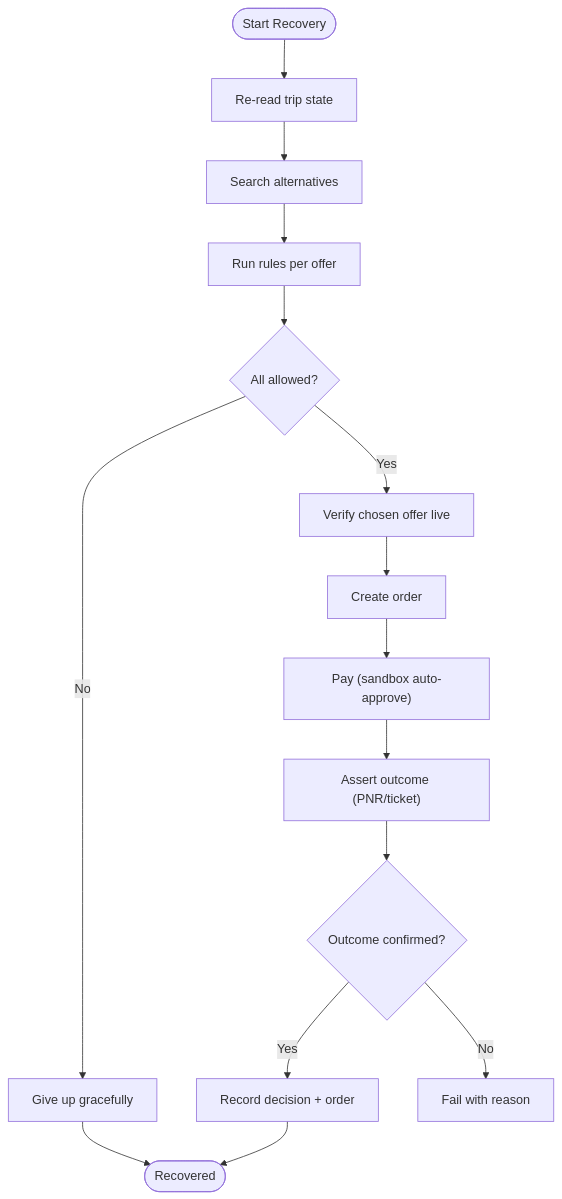
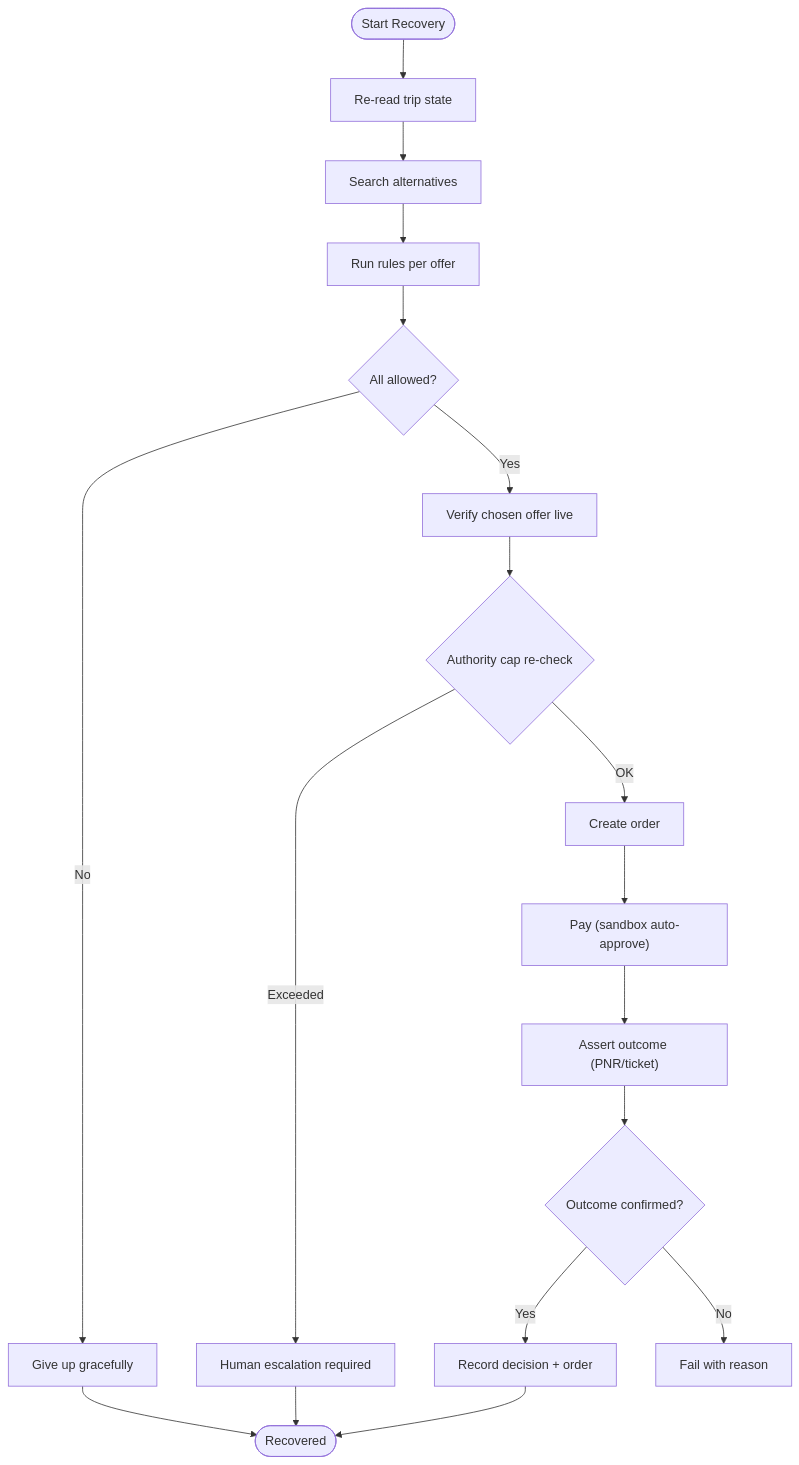
The third of 4 diagrams in .qoder/repowiki/en/content/Security & Safety/Security & Safety.md (jaydonnnk/waypoint), drawn with Mermaid before and after one commit. The commit also changed other lines of this file and 36 other files, not shown here.

````diff
--- a/.qoder/repowiki/en/content/Security & Safety/Security & Safety.md
+++ b/.qoder/repowiki/en/content/Security & Safety/Security & Safety.md
@@ -138,17 +162,20 @@
 ```mermaid
 flowchart TD
 Start(["Start Recovery"]) --> ReadState["Re-read trip state"]
 ReadState --> Search["Search alternatives"]
 Search --> RuleCheck["Run rules per offer"]
 RuleCheck --> Verdicts{"All allowed?"}
 Verdicts --> |No| GiveUp["Give up gracefully"]
 Verdicts --> |Yes| Verify["Verify chosen offer live"]
-Verify --> CreateOrder["Create order"]
+Verify --> CapCheck{"Authority cap re-check"}
+CapCheck --> |Exceeded| Escalation["Human escalation required"]
+CapCheck --> |OK| CreateOrder["Create order"]
 CreateOrder --> Pay["Pay (sandbox auto-approve)"]
 Pay --> Assert["Assert outcome (PNR/ticket)"]
 Assert --> Success{"Outcome confirmed?"}
 Success --> |Yes| Record["Record decision + order"]
 Record --> End(["Recovered"])
 Success --> |No| Fail["Fail with reason"]
+Escalation --> End
 GiveUp --> End
 ```
````
